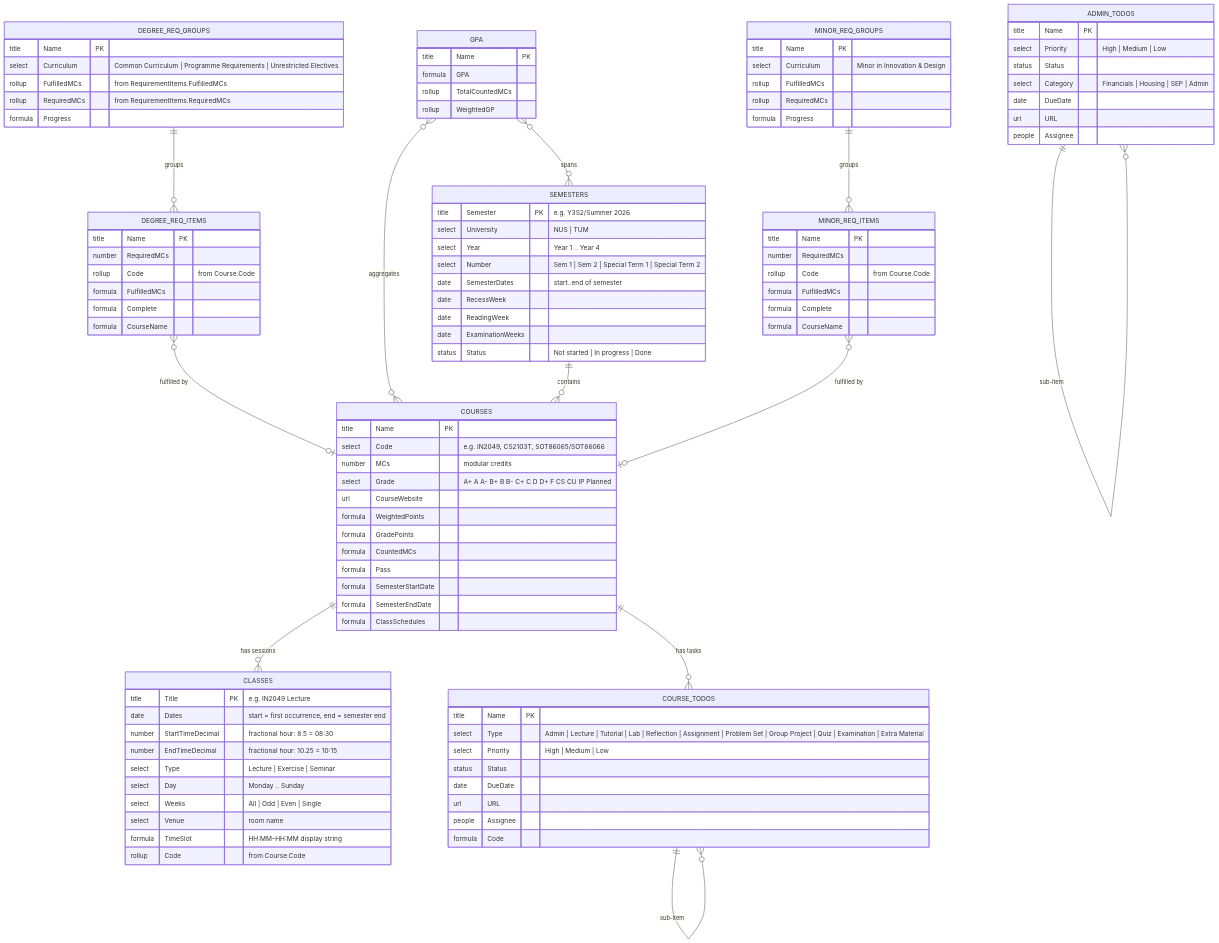
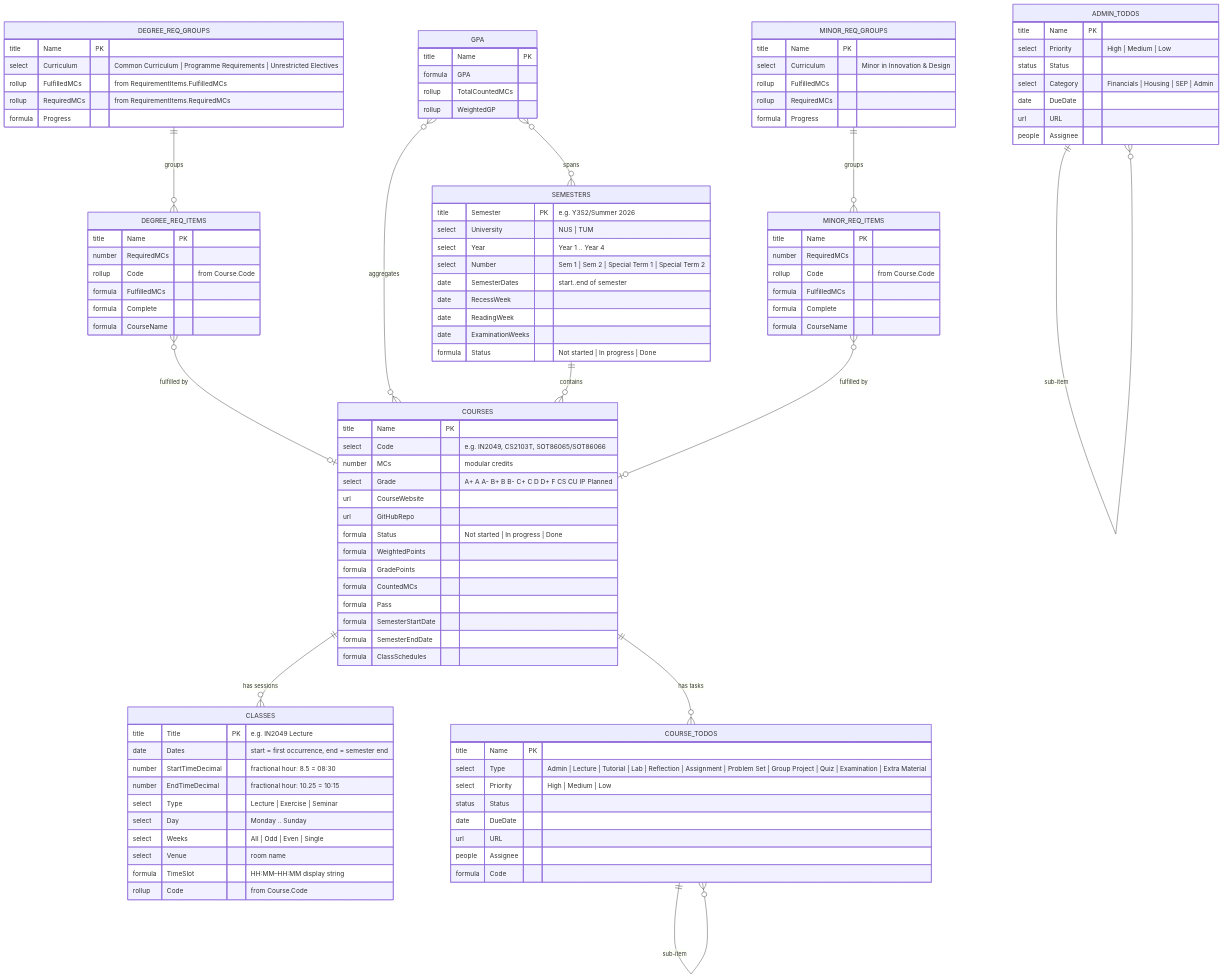
One commit to namitdeb739/notion-automations changed the diagram in docs/notion-schema-erd.md. Above: the diagram before and after it, drawn with Mermaid. The commit also changed other lines of this file and 13 other files, not shown here.

```diff
--- a/docs/notion-schema-erd.md
+++ b/docs/notion-schema-erd.md
@@ -16,7 +16,7 @@
         date   RecessWeek
         date   ReadingWeek
         date   ExaminationWeeks
-        status Status               "Not started | In progress | Done"
+        formula Status              "Not started | In progress | Done"
     }
 
     COURSES {
@@ -25,6 +25,8 @@
         number MCs                  "modular credits"
         select Grade                "A+ A A- B+ B B- C+ C D D+ F CS CU IP Planned"
         url    CourseWebsite
+        url    GitHubRepo
+        formula Status              "Not started | In progress | Done"
         formula WeightedPoints
         formula GradePoints
         formula CountedMCs
```
